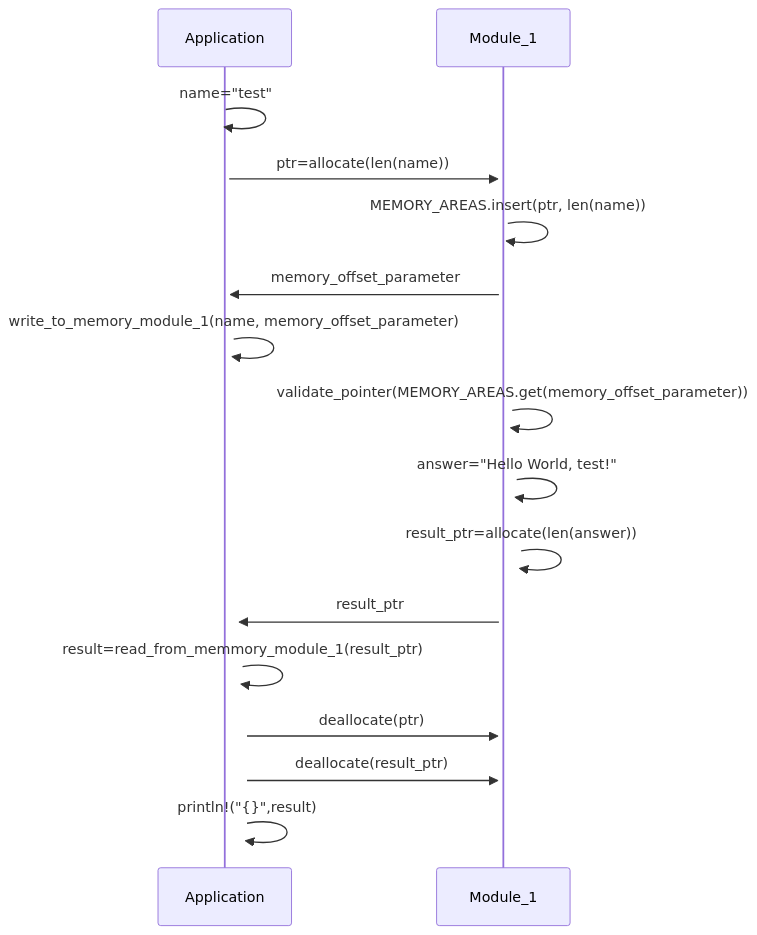
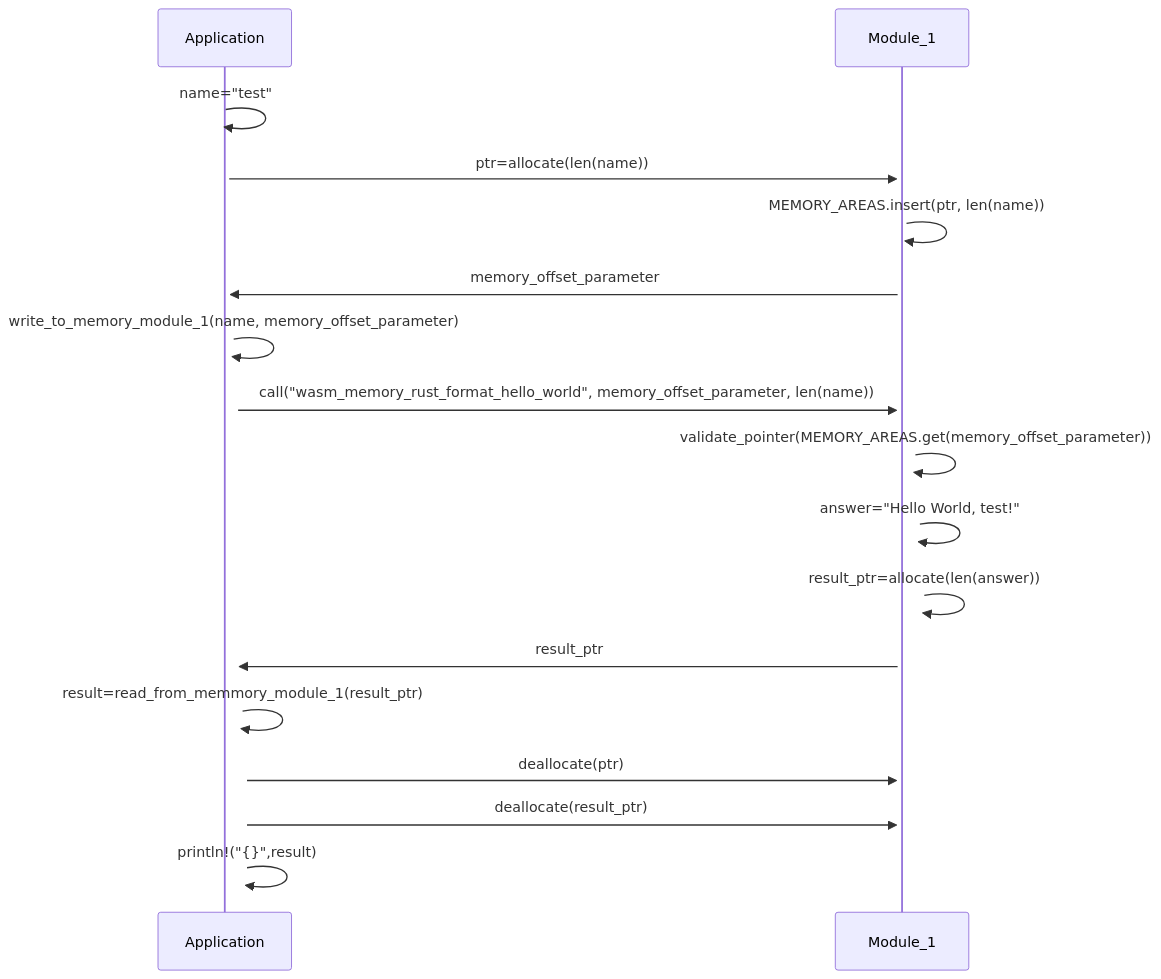
Before and after one commit to ZuInnoTe/rust-wasm-dynamic-module-study: the diagram in README.md, drawn with Mermaid. The commit also changed other lines of this file, not shown here.

````diff
--- a/README.md
+++ b/README.md
@@ -89,16 +89,17 @@
 ```mermaid
 sequenceDiagram
     Application->>+Application: name="test"
     Application->>+Module_1: ptr=allocate(len(name))
     Module_1->>+Module_1:MEMORY_AREAS.insert(ptr, len(name))
     Module_1->>+Application: memory_offset_parameter
     Application->>+Application: write_to_memory_module_1(name, memory_offset_parameter)
+    Application->>+Module_1:call("wasm_memory_rust_format_hello_world", memory_offset_parameter, len(name))
     Module_1->>+Module_1: validate_pointer(MEMORY_AREAS.get(memory_offset_parameter))
     Module_1->>+Module_1: answer="Hello World, test!"
     Module_1->>+Module_1: result_ptr=allocate(len(answer))
     Module_1->>+Application: result_ptr
     Application->>+Application: result=read_from_memmory_module_1(result_ptr)
     Application->>+Module_1: deallocate(ptr)       
     Application->>+Module_1: deallocate(result_ptr)
     Application->>+Application: println!("{}",result)
 ```
````
